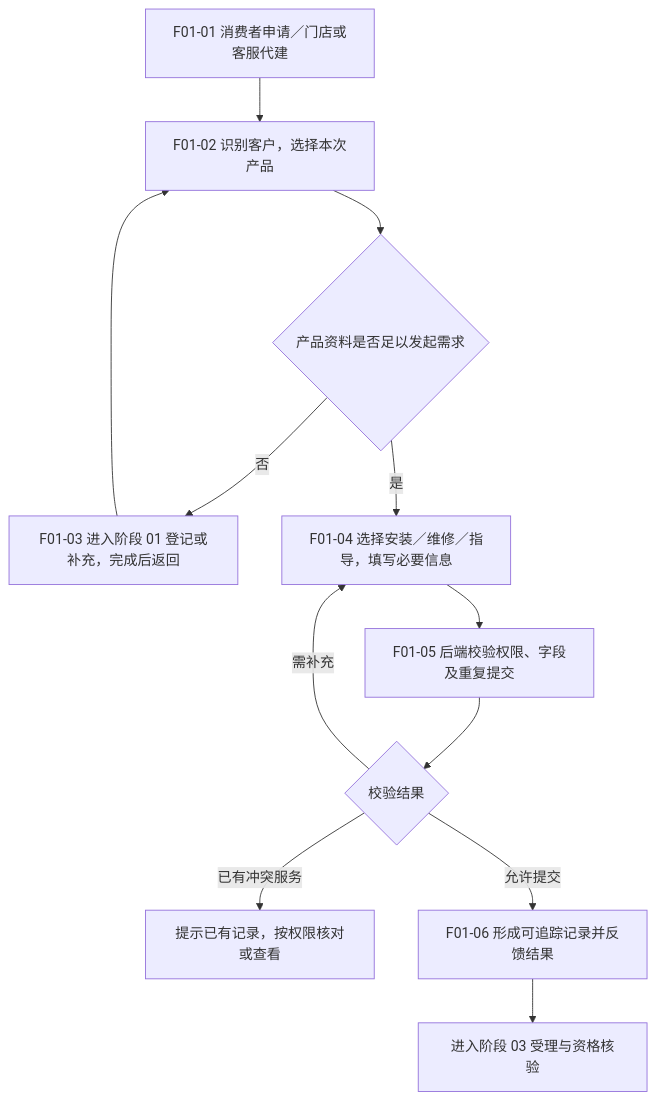
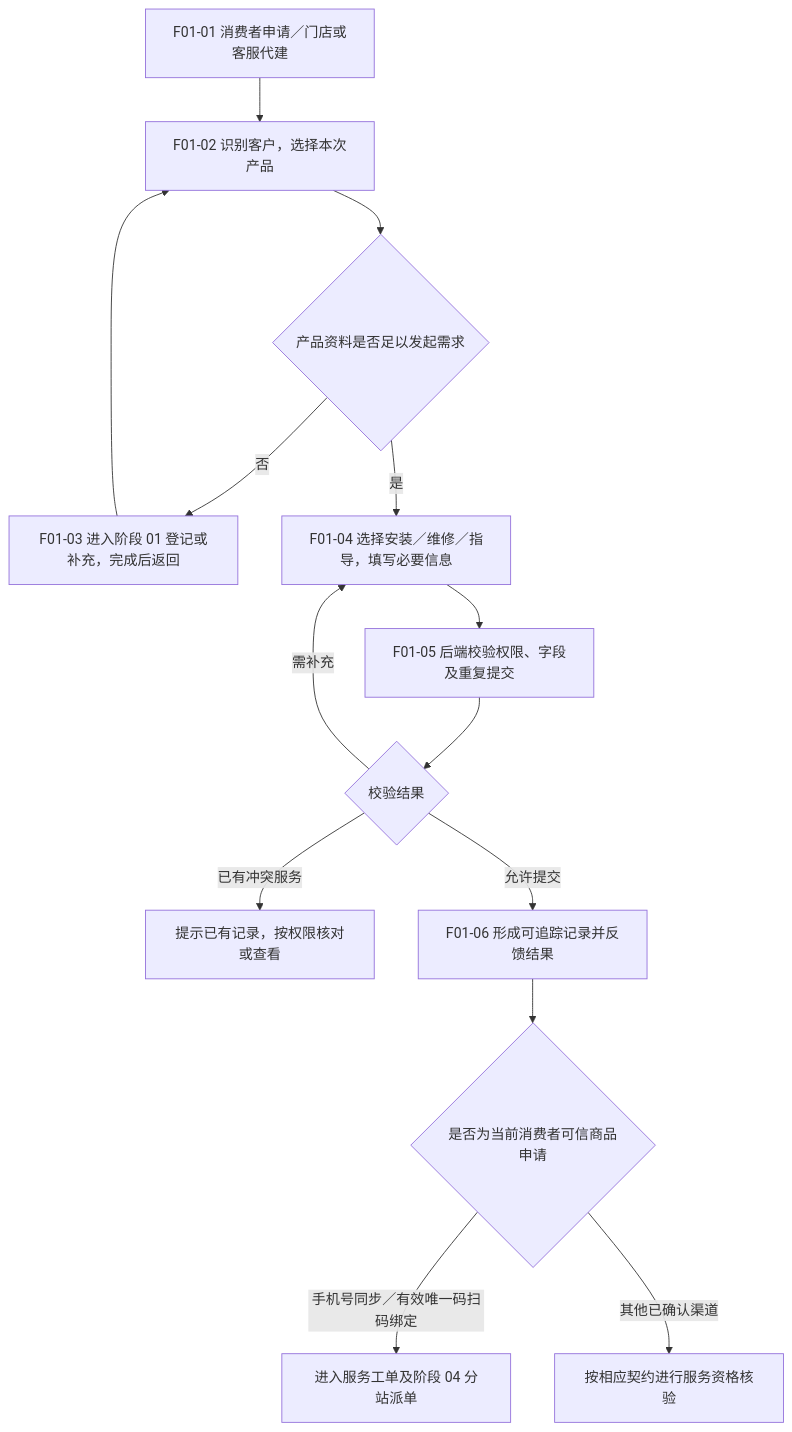
The diagram in 05-业务流程/02-服务申请与建单.md (zhiyuan23/toto-after-sales-docs), drawn with Mermaid before and after one commit. The commit also changed other lines of this file and 14 other files, not shown here.

````diff
--- a/05-业务流程/02-服务申请与建单.md
+++ b/05-业务流程/02-服务申请与建单.md
@@ -16,14 +18,16 @@
 ```mermaid
 flowchart TD
     F01_01[F01-01 消费者申请／门店或客服代建] --> F01_02[F01-02 识别客户，选择本次产品]
     F01_02 --> P{产品资料是否足以发起需求}
     P -->|否| F01_03[F01-03 进入阶段 01 登记或补充，完成后返回]
     F01_03 --> F01_02
     P -->|是| F01_04[F01-04 选择安装／维修／指导，填写必要信息]
     F01_04 --> F01_05[F01-05 后端校验权限、字段及重复提交]
     F01_05 --> V{校验结果}
     V -->|需补充| F01_04
     V -->|已有冲突服务| X[提示已有记录，按权限核对或查看]
     V -->|允许提交| F01_06[F01-06 形成可追踪记录并反馈结果]
-    F01_06 --> NEXT[进入阶段 03 受理与资格核验]
+    F01_06 --> T{是否为当前消费者可信商品申请}
+    T -->|手机号同步／有效唯一码扫码绑定| DIRECT[进入服务工单及阶段 04 分站派单]
+    T -->|其他已确认渠道| NEXT[按相应契约进行服务资格核验]
 ```
````
